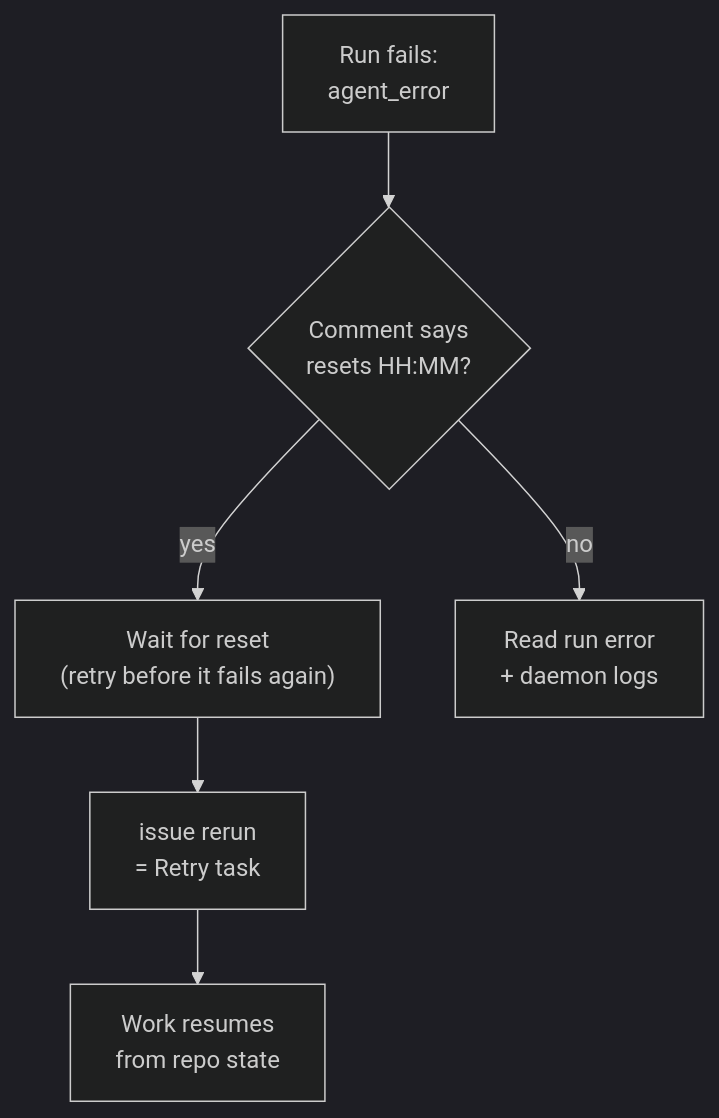
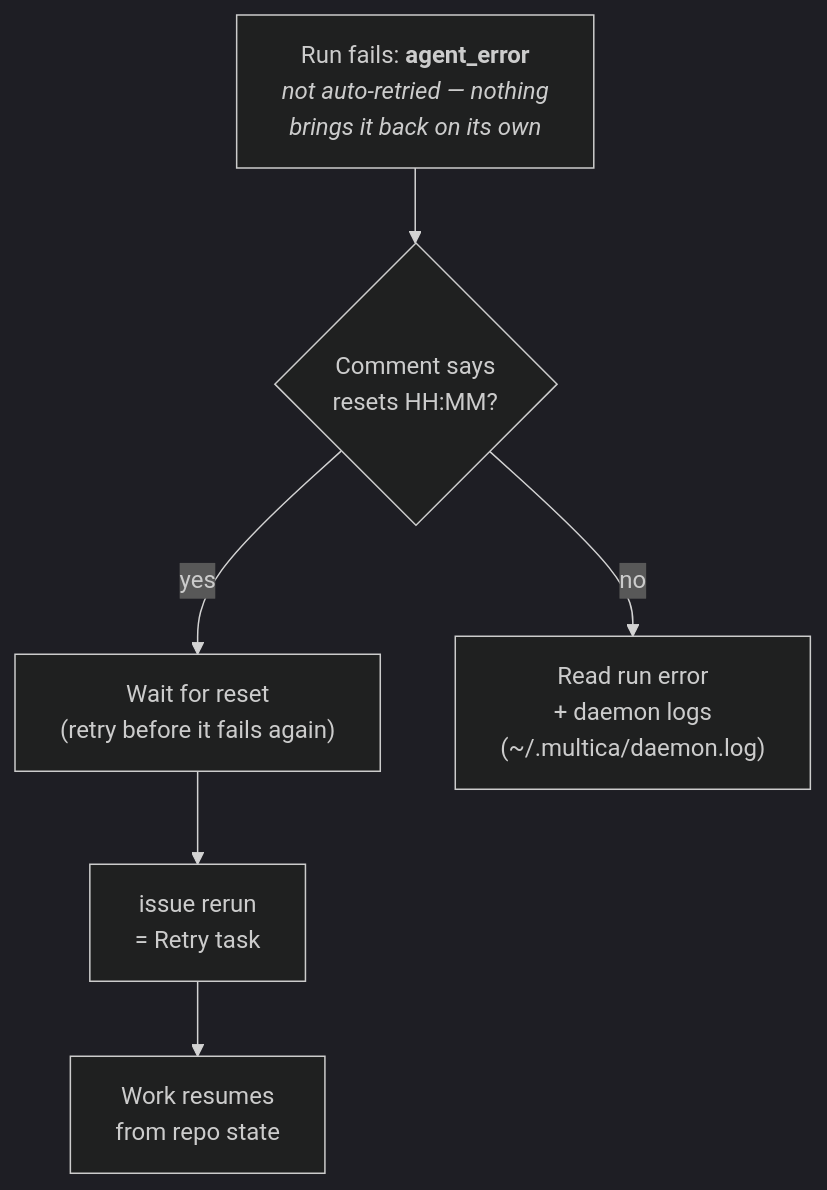
One commit to jamillazarev/multica-ops changed the sixth of 8 diagrams in WORKFLOW.md. Above: the diagram before and after it, drawn with Mermaid (dark theme). The commit also changed other lines of this file and 16 other files, not shown here.

First line of the commit message:
v2.4.0 — the platform-audit release: tell the truth about Multica, and run on it yourself

````diff
--- a/WORKFLOW.md
+++ b/WORKFLOW.md
@@ -111,8 +111,8 @@
 ```mermaid
 flowchart TD
-    RUN["Run fails:<br/>agent_error"] --> CHK{"Comment says<br/>resets HH:MM?"}
+    RUN["Run fails: <b>agent_error</b><br/><i>not auto-retried — nothing<br/>brings it back on its own</i>"] --> CHK{"Comment says<br/>resets HH:MM?"}
     CHK -->|yes| WAIT["Wait for reset<br/>(retry before it fails again)"]
     WAIT --> RERUN["issue rerun<br/>= Retry task"]
-    CHK -->|no| DIAG["Read run error<br/>+ daemon logs"]
+    CHK -->|no| DIAG["Read run error<br/>+ daemon logs<br/>(~/.multica/daemon.log)"]
     RERUN --> OK["Work resumes<br/>from repo state"]
 ```
````
